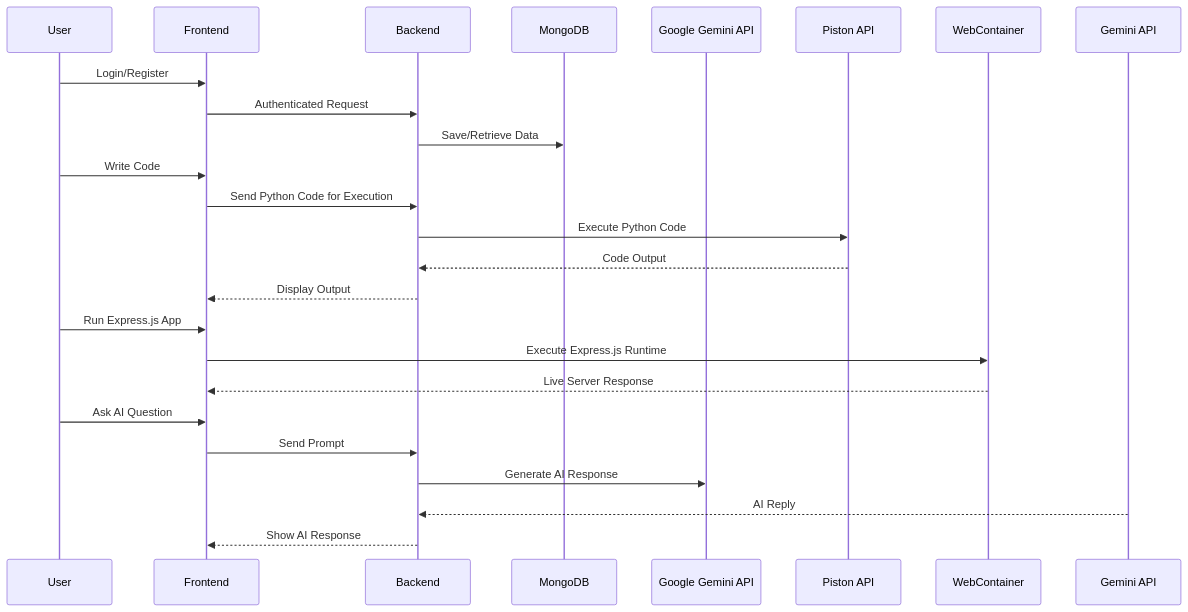
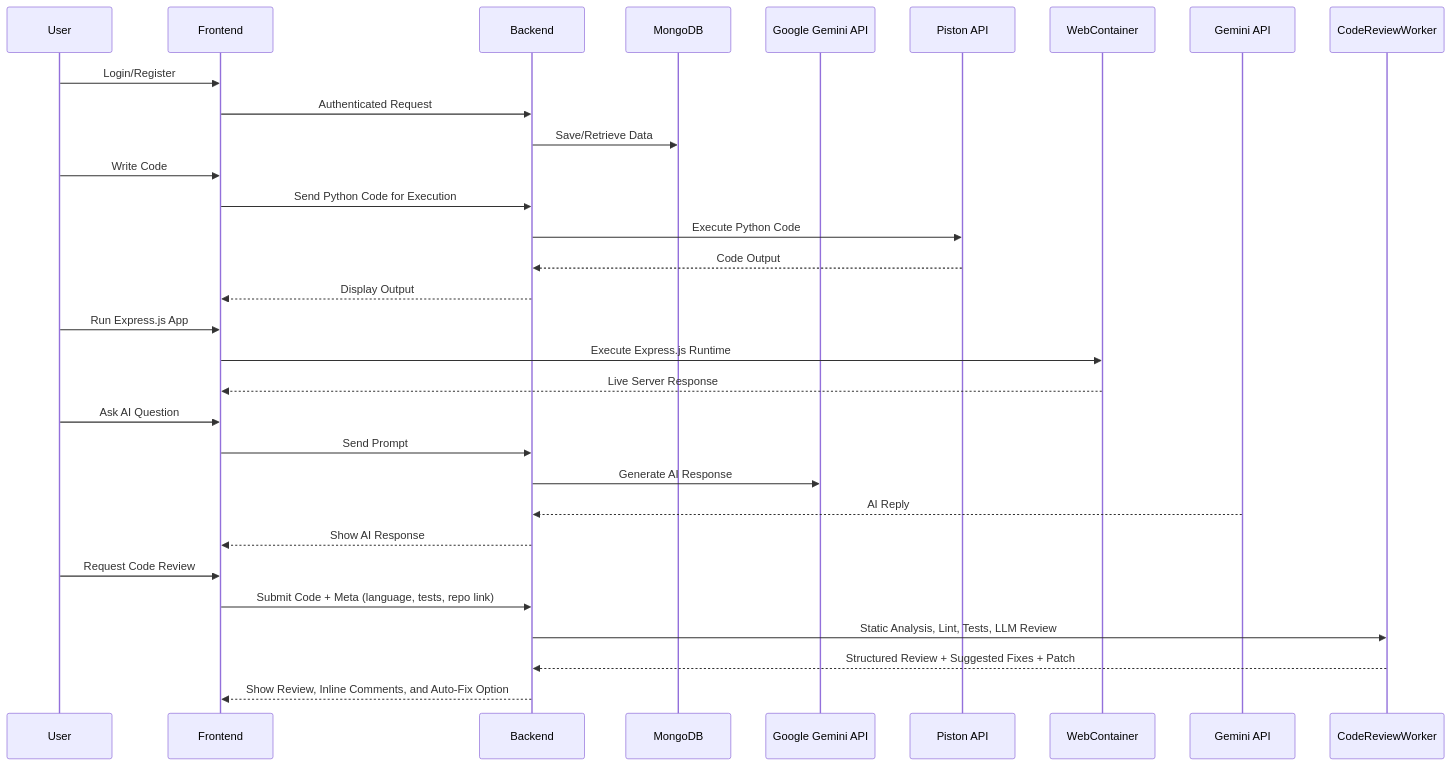
One commit to 201Harsh/CobraAI changed the diagram in Readme.md. Above: the diagram before and after it, drawn with Mermaid. The commit also changed other lines of this file, not shown here.

Commit message:
Updated Docs Added code Review Section

````diff
--- a/Readme.md
+++ b/Readme.md
@@ -72,30 +74,36 @@
 ```mermaid
 sequenceDiagram
     participant User
     participant Frontend
     participant Backend
     participant MongoDB
     participant Google Gemini API
     participant Piston API
     participant WebContainer
 
     User->>Frontend: Login/Register
     Frontend->>Backend: Authenticated Request
     Backend->>MongoDB: Save/Retrieve Data
 
     User->>Frontend: Write Code
     Frontend->>Backend: Send Python Code for Execution
     Backend->>Piston API: Execute Python Code
     Piston API-->>Backend: Code Output
     Backend-->>Frontend: Display Output
 
     User->>Frontend: Run Express.js App
     Frontend->>WebContainer: Execute Express.js Runtime
     WebContainer-->>Frontend: Live Server Response
 
     User->>Frontend: Ask AI Question
     Frontend->>Backend: Send Prompt
     Backend->>Google Gemini API: Generate AI Response
     Gemini API-->>Backend: AI Reply
     Backend-->>Frontend: Show AI Response
+
+    User->>Frontend: Request Code Review
+    Frontend->>Backend: Submit Code + Meta (language, tests, repo link)
+    Backend->>CodeReviewWorker: Static Analysis, Lint, Tests, LLM Review
+    CodeReviewWorker-->>Backend: Structured Review + Suggested Fixes + Patch
+    Backend-->>Frontend: Show Review, Inline Comments, and Auto-Fix Option
 ```
````
